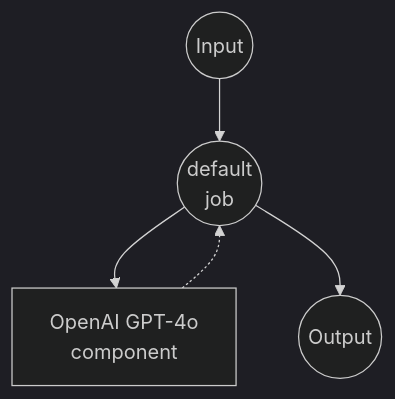
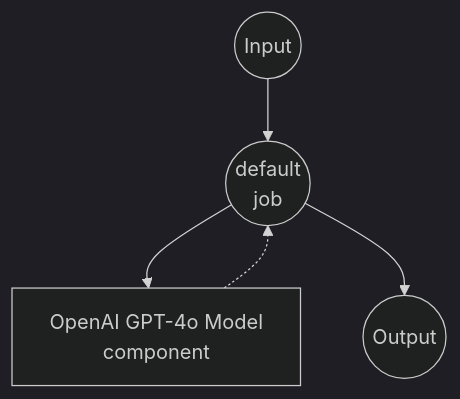
One commit to hanyeol/model-compose changed the diagram in examples/openai-chat-completions/README.md. Above: the diagram before and after it, drawn with Mermaid (dark theme). The commit also changed other lines of this file and 24 other files, not shown here.

````diff
--- a/examples/openai-chat-completions/README.md
+++ b/examples/openai-chat-completions/README.md
@@ -75,16 +91,16 @@
 ```mermaid
 graph TD
     %% Default job (implicit)
     J1((default<br/>job))
 
     %% Component
-    C1[OpenAI GPT-4o<br/>component]
+    C1[OpenAI GPT-4o Model<br/>component]
 
     %% Job to component connections (solid: invokes, dotted: returns)
     J1 --> C1
     C1 -.-> J1
 
     %% Input/Output
     Input((Input)) --> J1
     J1 --> Output((Output))
 ```
````
